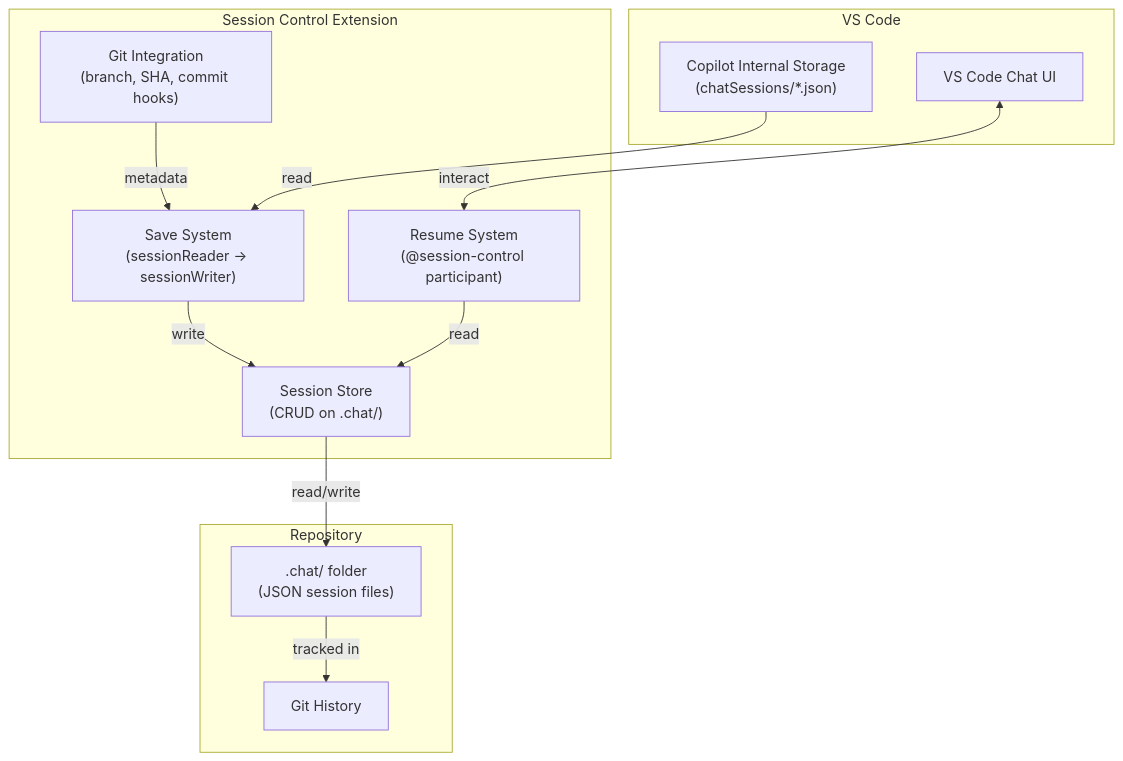
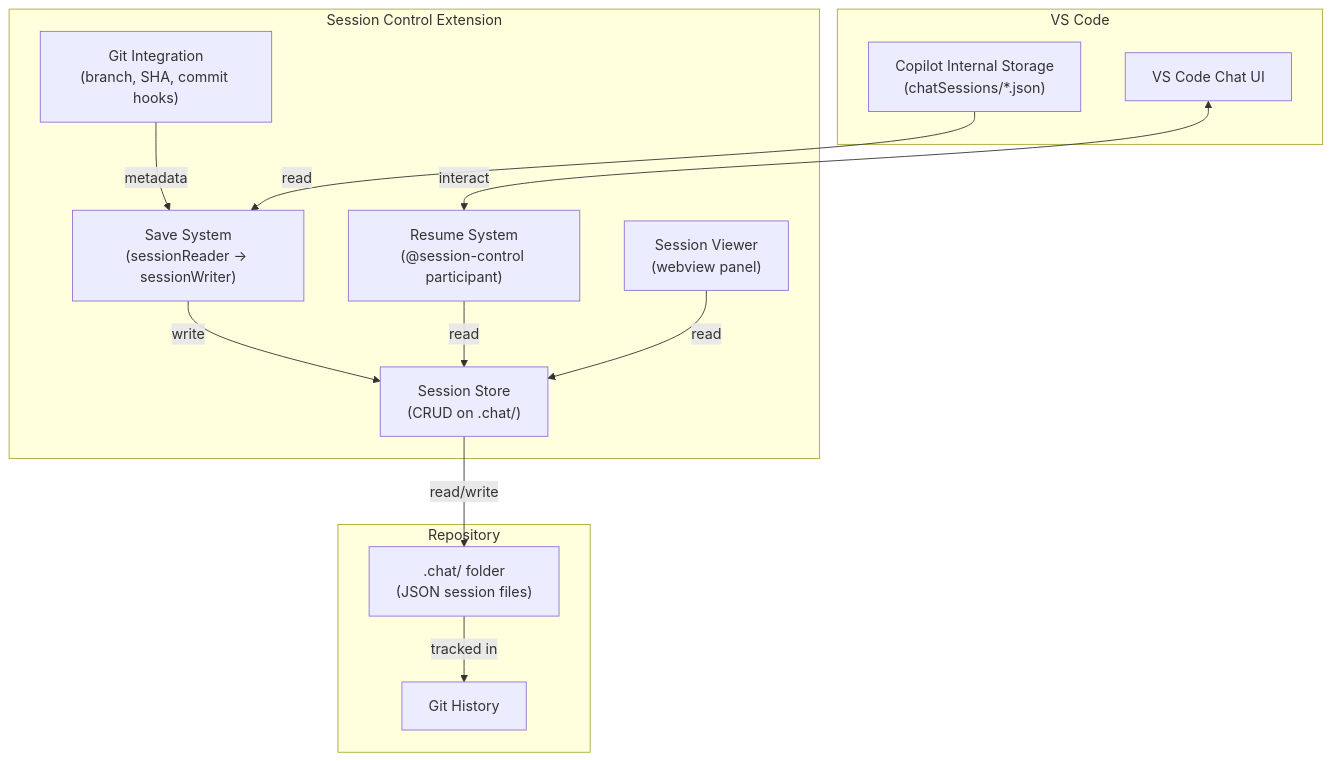
The diagram in wiki/architecture.md (Tempuskg/session-control), drawn with Mermaid before and after one commit. The commit also changed other lines of this file and 10 other files, not shown here.

First line of the commit message:
feat: add session viewer command and editor title preview action

````diff
--- a/wiki/architecture.md
+++ b/wiki/architecture.md
@@ -24,27 +24,29 @@
 ```mermaid
 graph TB
     subgraph "VS Code"
         CopilotStorage["Copilot Internal Storage<br/>(chatSessions/*.json)"]
         ChatUI["VS Code Chat UI"]
     end
 
     subgraph "Session Control Extension"
         SaveSystem["Save System<br/>(sessionReader → sessionWriter)"]
         ResumeSystem["Resume System<br/>(@session-control participant)"]
+        SessionViewer["Session Viewer<br/>(webview panel)"]
         GitIntegration["Git Integration<br/>(branch, SHA, commit hooks)"]
         SessionStore["Session Store<br/>(CRUD on .chat/)"]
     end
 
     subgraph "Repository"
         ChatFolder[".chat/ folder<br/>(JSON session files)"]
         GitRepo["Git History"]
     end
 
     CopilotStorage -->|read| SaveSystem
     GitIntegration -->|metadata| SaveSystem
     SaveSystem -->|write| SessionStore
     SessionStore -->|read/write| ChatFolder
     ChatFolder -->|tracked in| GitRepo
     ResumeSystem -->|read| SessionStore
+    SessionViewer -->|read| SessionStore
     ChatUI <-->|interact| ResumeSystem
 ```
````
